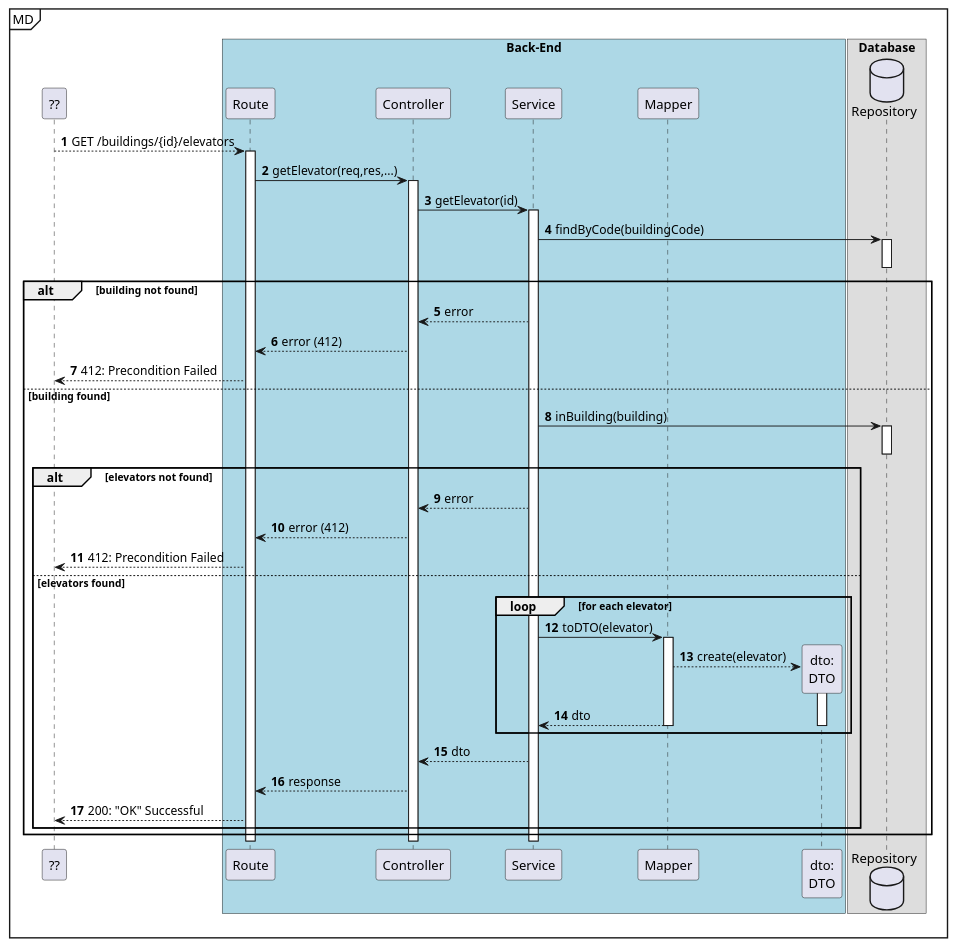
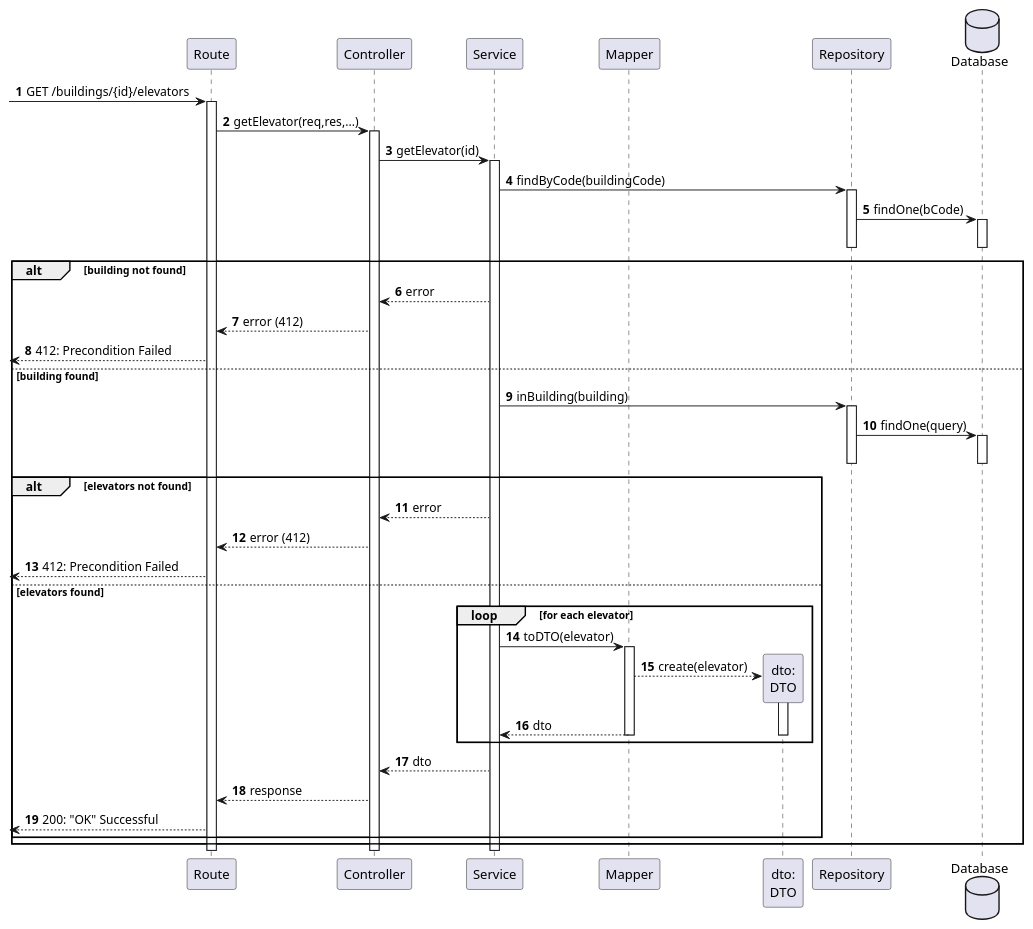
One commit to Departamento-de-Engenharia-Informatica/lapr5-23-24-g19 changed the diagram in docs/us290/level3/process-view.puml. Above: the diagram before and after it, drawn with PlantUML. The commit also changed 5 other files, not shown here.

```diff
--- a/docs/us290/level3/process-view.puml
+++ b/docs/us290/level3/process-view.puml
@@ -1,68 +1,69 @@
 @startuml
 autonumber
 
-participant "??" as ui
 
-mainframe MD
-box "Back-End" #LightBlue
 participant "Route" as r
 participant "Controller" as ctrl
 participant "Service" as svc
 
 
 participant "Mapper" as map
 participant "dto:\nDTO" as dto
-end box
+participant "Repository" as repo
+database "Database" as db
 
-box "Database"
-database "Repository" as repo
-end box
 
-ui --> r: GET /buildings/{id}/elevators
+[-> r : GET /buildings/{id}/elevators
     activate r
         r -> ctrl : getElevator(req,res,...)
         activate ctrl
             ctrl -> svc : getElevator(id)
             activate svc
                 svc -> repo : findByCode(buildingCode)
                 activate repo
+                    repo -> db : findOne(bCode)
+                    activate db
+                    deactivate db
                 deactivate repo
 
                 alt building not found
                     svc --> ctrl : error
                     ctrl --> r : error (412)
-                    ui<--r : 412: Precondition Failed
+                     [<-- r : 412: Precondition Failed
                 else building found
 
                     svc -> repo: inBuilding(building)
                     activate repo
+                        repo -> db : findOne(query)
+                        activate db
+                        deactivate db
                     deactivate repo
 
                     alt elevators not found
                         svc --> ctrl : error
                         ctrl --> r : error (412)
-                        ui<--r : 412: Precondition Failed
+                         [<-- r : 412: Precondition Failed
 
                     else elevators found
 
                         loop for each elevator
 
                                 svc -> map : toDTO(elevator)
                             activate map
                                 map --> dto** : create(elevator)
                                 activate dto
                                     map --> svc : dto
                                 deactivate dto
                             deactivate map
                         end loop
                             svc --> ctrl : dto
                             ctrl --> r : response
-                            ui<-- r : 200: "OK" Successful
+                             [<-- r : 200: "OK" Successful
 
                     end
                 end
             deactivate svc
         deactivate ctrl
     deactivate r
 
 @enduml
```
